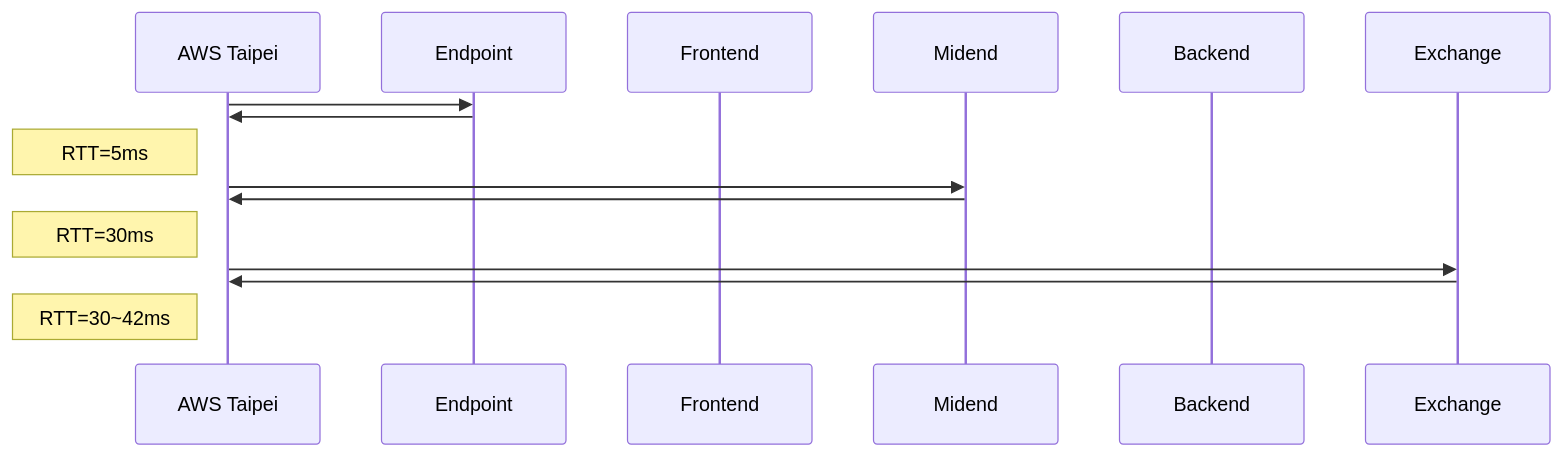
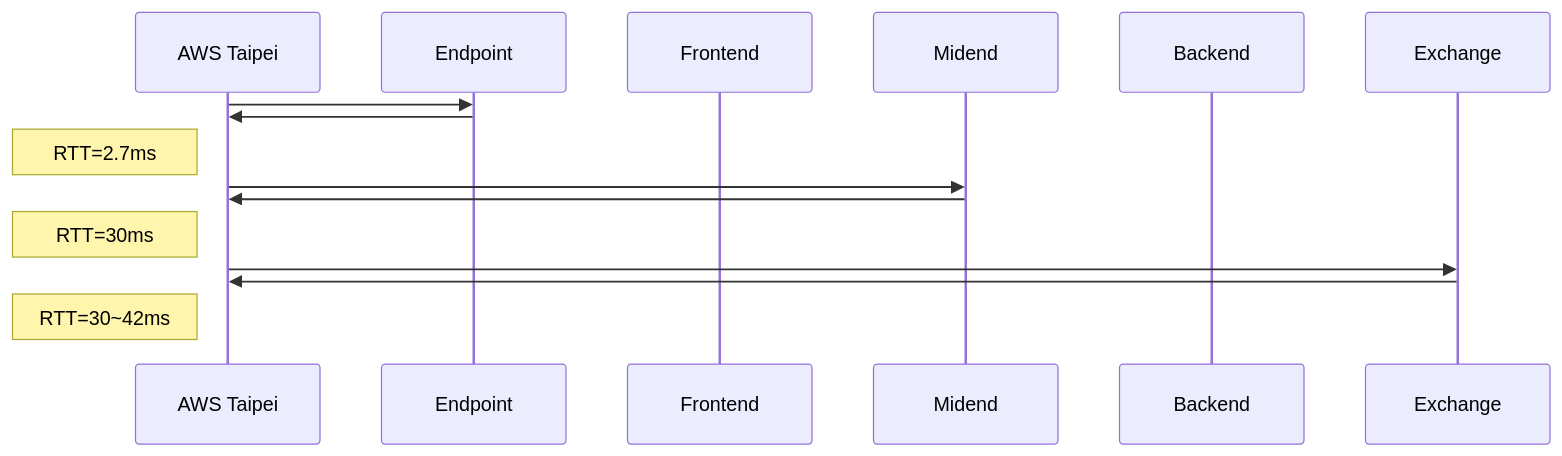
The second of 2 diagrams in brokers/concords-stock-cpp/profiling/SubmitOrder.md (v54dt/BrokerLatencyLab), drawn with Mermaid before and after one commit. The commit also changed 2 other files, not shown here.

Commit message:
docs: update RTT results for all brokers

````diff
--- a/brokers/concords-stock-cpp/profiling/SubmitOrder.md
+++ b/brokers/concords-stock-cpp/profiling/SubmitOrder.md
@@ -25,22 +25,22 @@
 ```mermaid
 sequenceDiagram
     participant AWS Taipei
     participant Endpoint
     participant Frontend
     participant Midend
     participant Backend
     participant Exchange
 
     AWS Taipei->>Endpoint:
     Endpoint->>AWS Taipei:
-    Note left of AWS Taipei: RTT=5ms
+    Note left of AWS Taipei: RTT=2.7ms
 
     AWS Taipei->>Midend:
     Midend->>AWS Taipei:
     Note left of AWS Taipei: RTT=30ms
 
 
     AWS Taipei->>Exchange:
     Exchange->>AWS Taipei:
     Note left of AWS Taipei: RTT=30~42ms
 ```
````
